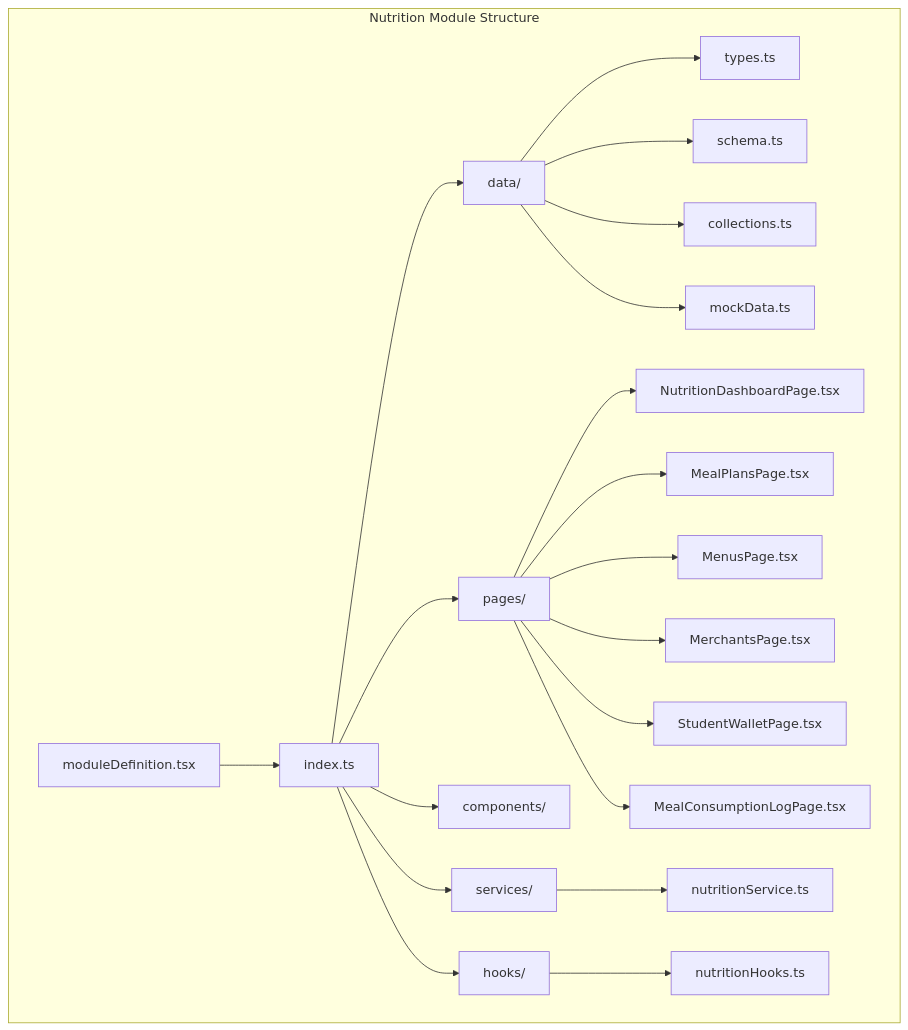
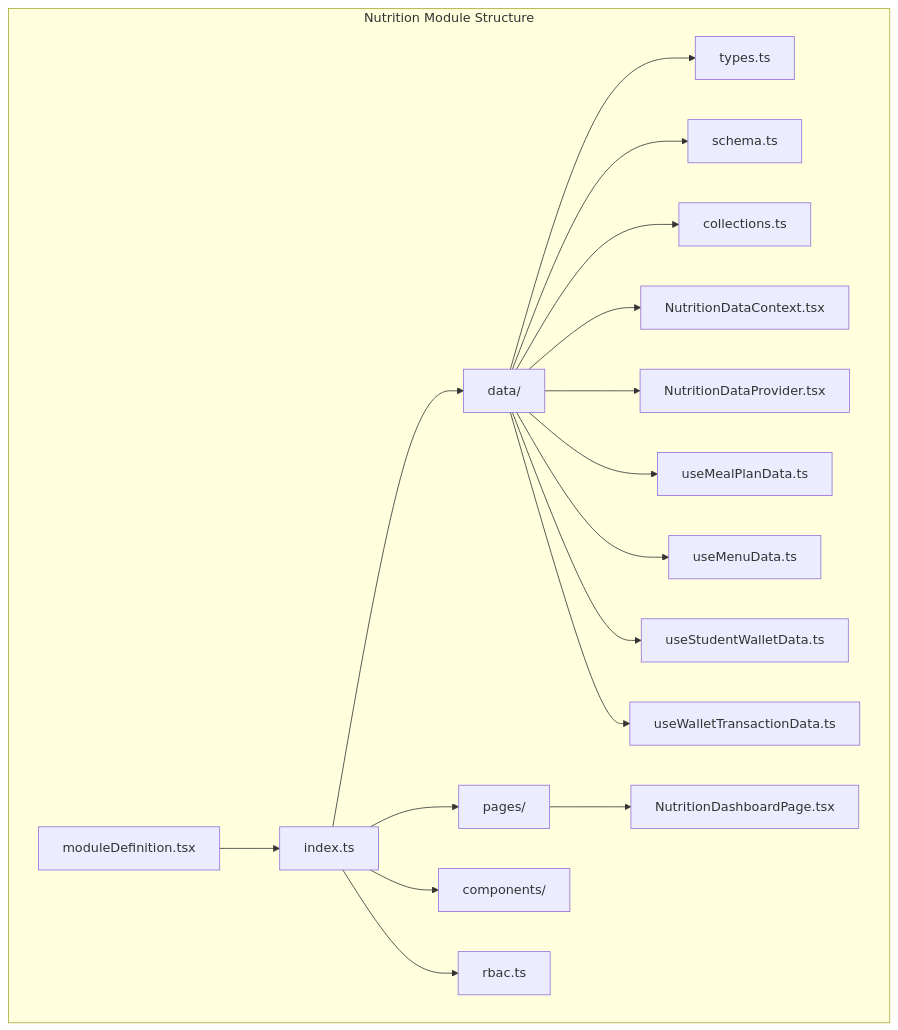
One commit to geniusdynamics/schoolpilot changed the first of 10 diagrams in .qoder/repowiki/en/content/Modules System/Nutrition Module.md. Above: the diagram before and after it, drawn with Mermaid. The commit also changed other lines of this file and 16 other files, not shown here.

````diff
--- a/.qoder/repowiki/en/content/Modules System/Nutrition Module.md
+++ b/.qoder/repowiki/en/content/Modules System/Nutrition Module.md
@@ -35,23 +62,20 @@
 ```mermaid
 graph TB
 subgraph "Nutrition Module Structure"
 A[moduleDefinition.tsx] --> B[index.ts]
 B --> C[data/]
 B --> D[pages/]
 B --> E[components/]
-B --> F[services/]
-B --> G[hooks/]
+B --> F[rbac.ts]
 C --> C1[types.ts]
 C --> C2[schema.ts]
 C --> C3[collections.ts]
-C --> C4[mockData.ts]
+C --> C4[NutritionDataContext.tsx]
+C --> C5[NutritionDataProvider.tsx]
+C --> C6[useMealPlanData.ts]
+C --> C7[useMenuData.ts]
+C --> C8[useStudentWalletData.ts]
+C --> C9[useWalletTransactionData.ts]
 D --> D1[NutritionDashboardPage.tsx]
-D --> D2[MealPlansPage.tsx]
-D --> D3[MenusPage.tsx]
-D --> D4[MerchantsPage.tsx]
-D --> D5[StudentWalletPage.tsx]
-D --> D6[MealConsumptionLogPage.tsx]
-F --> F1[nutritionService.ts]
-G --> G1[nutritionHooks.ts]
 end
 ```
````
